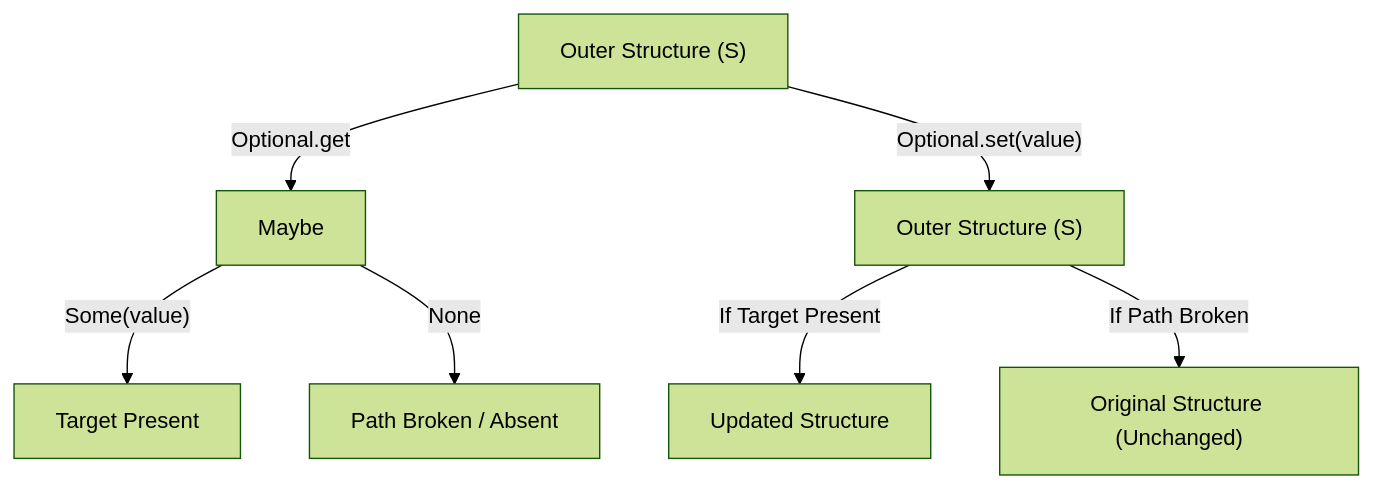
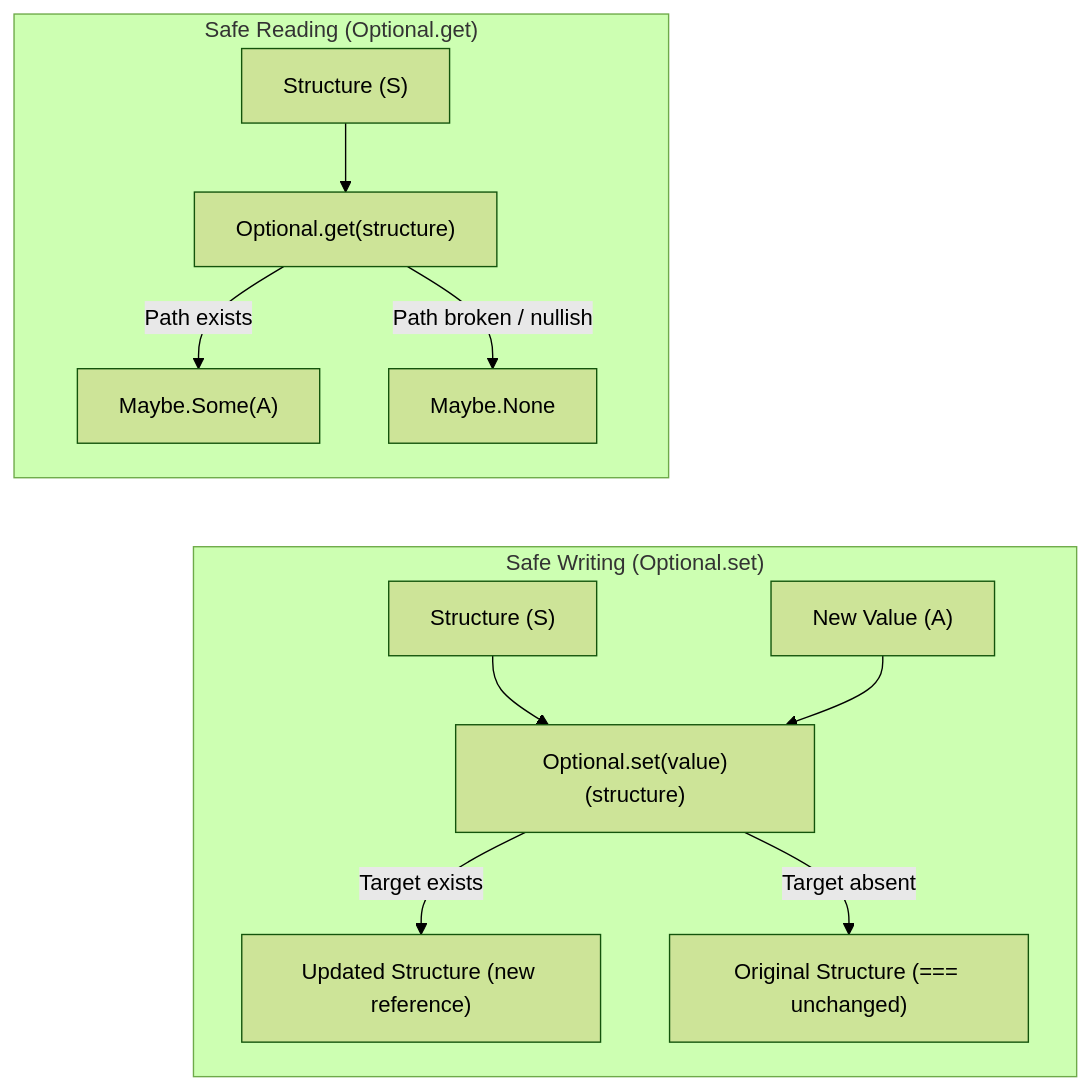
One commit to nlozgachev/pipelined changed the diagram in docs/src/content/docs/guides/optional.md. Above: the diagram before and after it, drawn with Mermaid (forest theme). The commit also changed 22 other files, not shown here.

Commit message:
docs: better diagrams

````diff
--- a/docs/src/content/docs/guides/optional.md
+++ b/docs/src/content/docs/guides/optional.md
@@ -103,10 +103,16 @@
 ```mermaid
-flowchart TD
-    S["Outer Structure (S)"] -- "Optional.get" --> M["Maybe<A>"]
-    M -- "Some(value)" --> Found["Target Present"]
-    M -- "None" --> Absent["Path Broken / Absent"]
+flowchart TB
+    subgraph Read ["Safe Reading (Optional.get)"]
+        S1["Structure (S)"] --> Get["Optional.get(structure)"]
+        Get -->|"Path exists"| Present["Maybe.Some(A)"]
+        Get -->|"Path broken / nullish"| Absent["Maybe.None"]
+    end
 
-    S -- "Optional.set(value)" --> S2["Outer Structure (S)"]
-    S2 -- "If Target Present" --> S3["Updated Structure"]
-    S2 -- "If Path Broken" --> S4["Original Structure (Unchanged)"]
+    subgraph Write ["Safe Writing (Optional.set)"]
+        S2["Structure (S)"] & Val["New Value (A)"] --> Set["Optional.set(value)(structure)"]
+        Set -->|"Target exists"| Updated["Updated Structure (new reference)"]
+        Set -->|"Target absent"| Unchanged["Original Structure (=== unchanged)"]
+    end
+
+    Absent ~~~ S2
 ```
````
